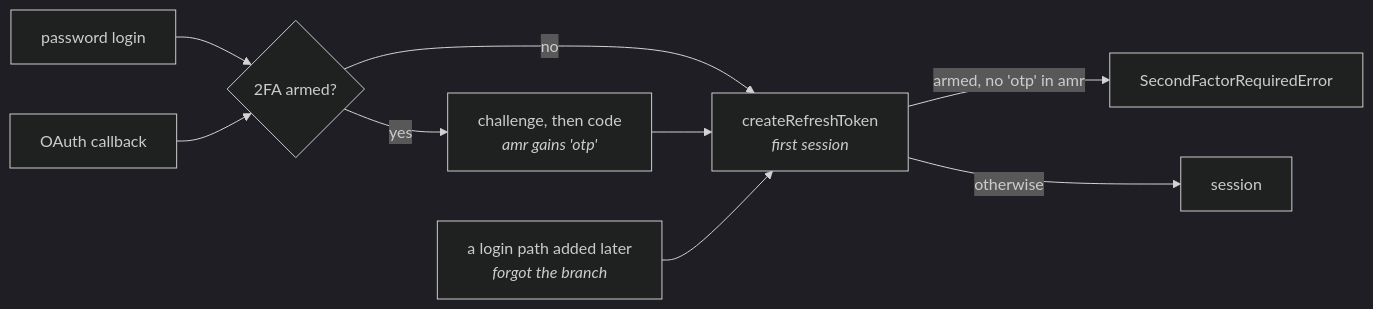
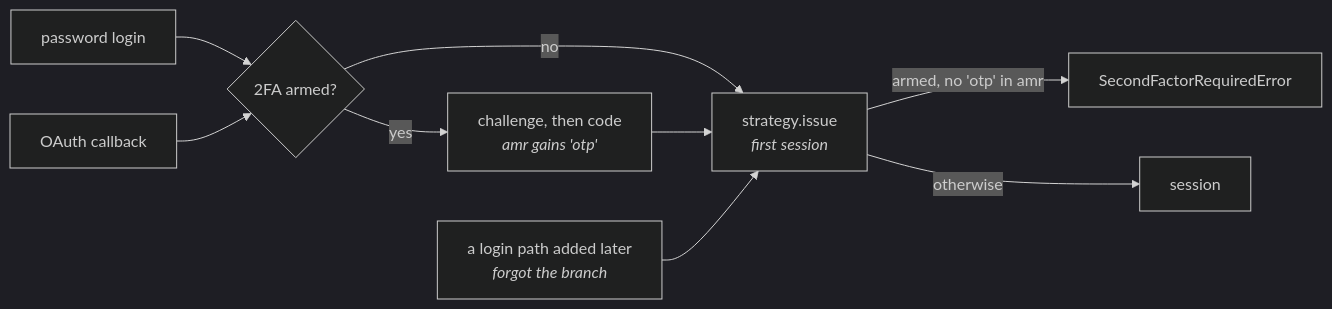
The fifth of 7 diagrams in docs/modules/account-sessions.md (Guebbit/boilerplate-node-backend), drawn with Mermaid (dark theme) before and after one commit. The commit also changed other lines of this file and 95 other files, not shown here.

````diff
--- a/docs/modules/account-sessions.md
+++ b/docs/modules/account-sessions.md
@@ -263,11 +336,11 @@
 ```mermaid
 flowchart LR
     P["password login"] --> Q{"2FA armed?"}
     O["OAuth callback"] --> Q
-    Q -->|no| M["createRefreshToken<br/><i>first session</i>"]
+    Q -->|no| M["strategy.issue<br/><i>first session</i>"]
     Q -->|yes| C["challenge, then code<br/><i>amr gains 'otp'</i>"]
     C --> M
     X["a login path added later<br/><i>forgot the branch</i>"] --> M
     M -->|armed, no 'otp' in amr| E["SecondFactorRequiredError"]
     M -->|otherwise| T["session"]
 ```
````
